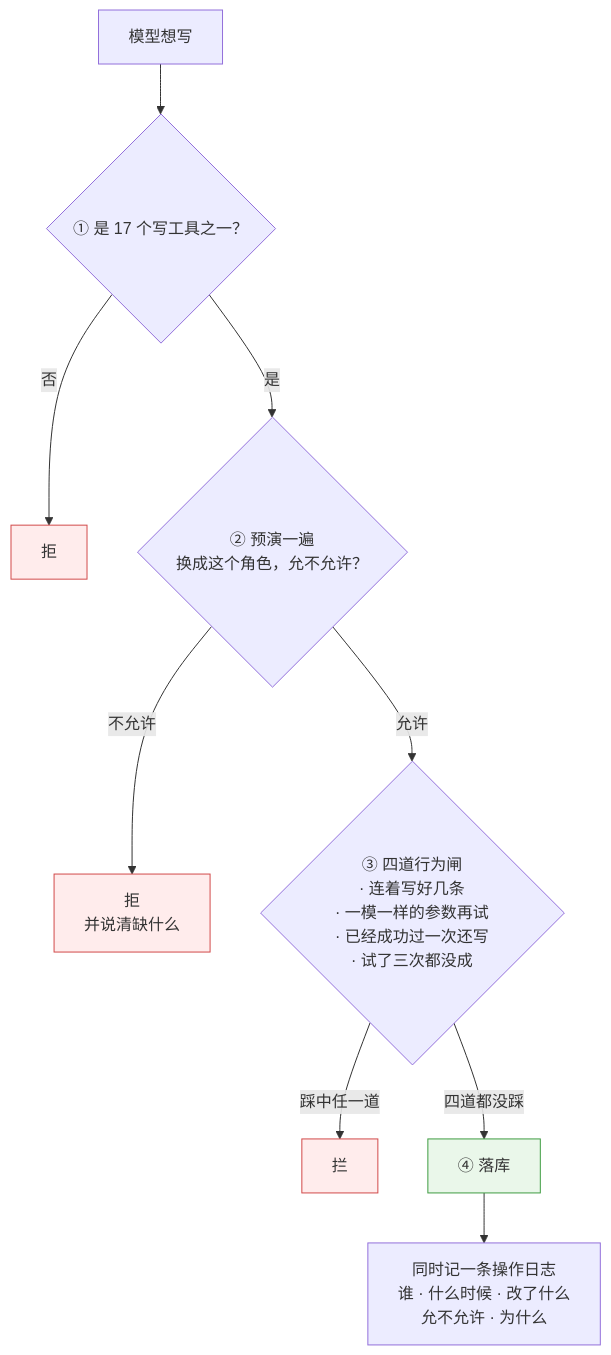
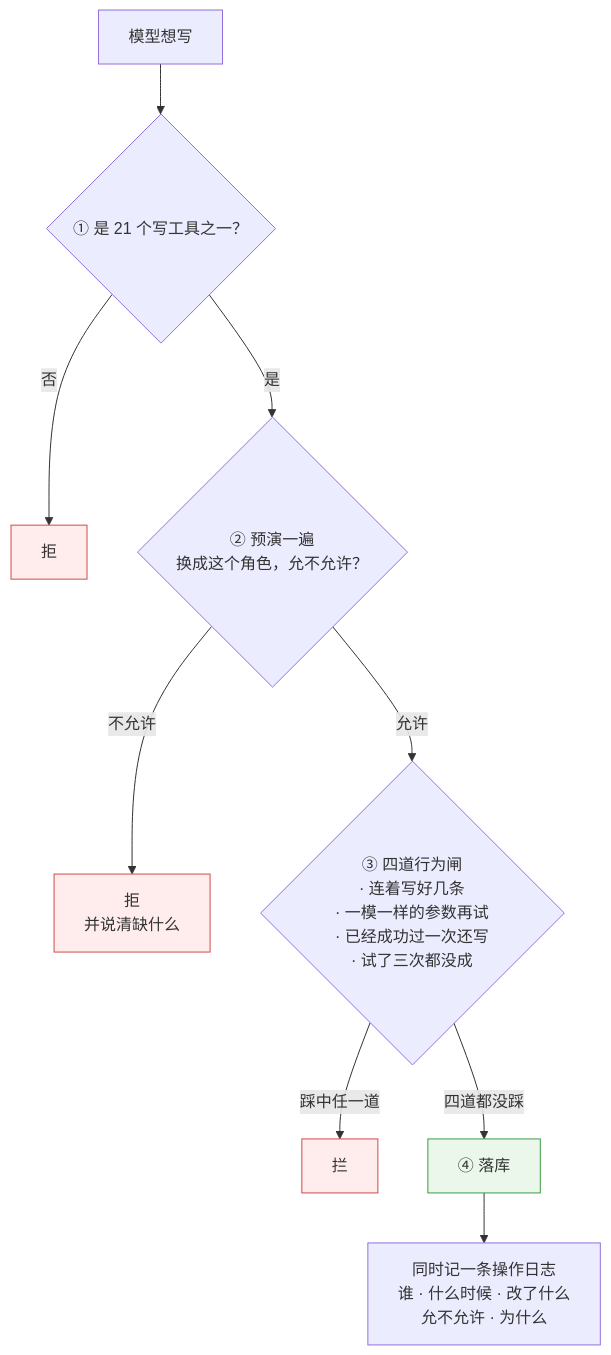
One commit to 843773296-rgb/lanxiu-yunshang-agent changed the second of 3 diagrams in 澜绣云裳agent-产品说明.md. Above: the diagram before and after it, drawn with Mermaid. The commit also changed other lines of this file and 18 other files, not shown here.

````diff
--- a/澜绣云裳agent-产品说明.md
+++ b/澜绣云裳agent-产品说明.md
@@ -268,16 +268,16 @@
 ```mermaid
 flowchart TD
-    A["模型想写"] --> B{"① 是 17 个写工具之一？"}
+    A["模型想写"] --> B{"① 是 21 个写工具之一？"}
     B -- 否 --> X1["拒"]
     B -- 是 --> C{"② 预演一遍<br/>换成这个角色，允不允许？"}
     C -- 不允许 --> X2["拒<br/>并说清缺什么"]
     C -- 允许 --> D{"③ 四道行为闸<br/>· 连着写好几条<br/>· 一模一样的参数再试<br/>· 已经成功过一次还写<br/>· 试了三次都没成"}
     D -- "踩中任一道" --> X3["拦"]
     D -- "四道都没踩" --> E["④ 落库"]
     E --> F["同时记一条操作日志<br/>谁 · 什么时候 · 改了什么<br/>允不允许 · 为什么"]
 
     style X1 fill:#ffecec,stroke:#d24a4a
     style X2 fill:#ffecec,stroke:#d24a4a
     style X3 fill:#ffecec,stroke:#d24a4a
     style E fill:#eaf7ea,stroke:#3f9c42
 ```
````
